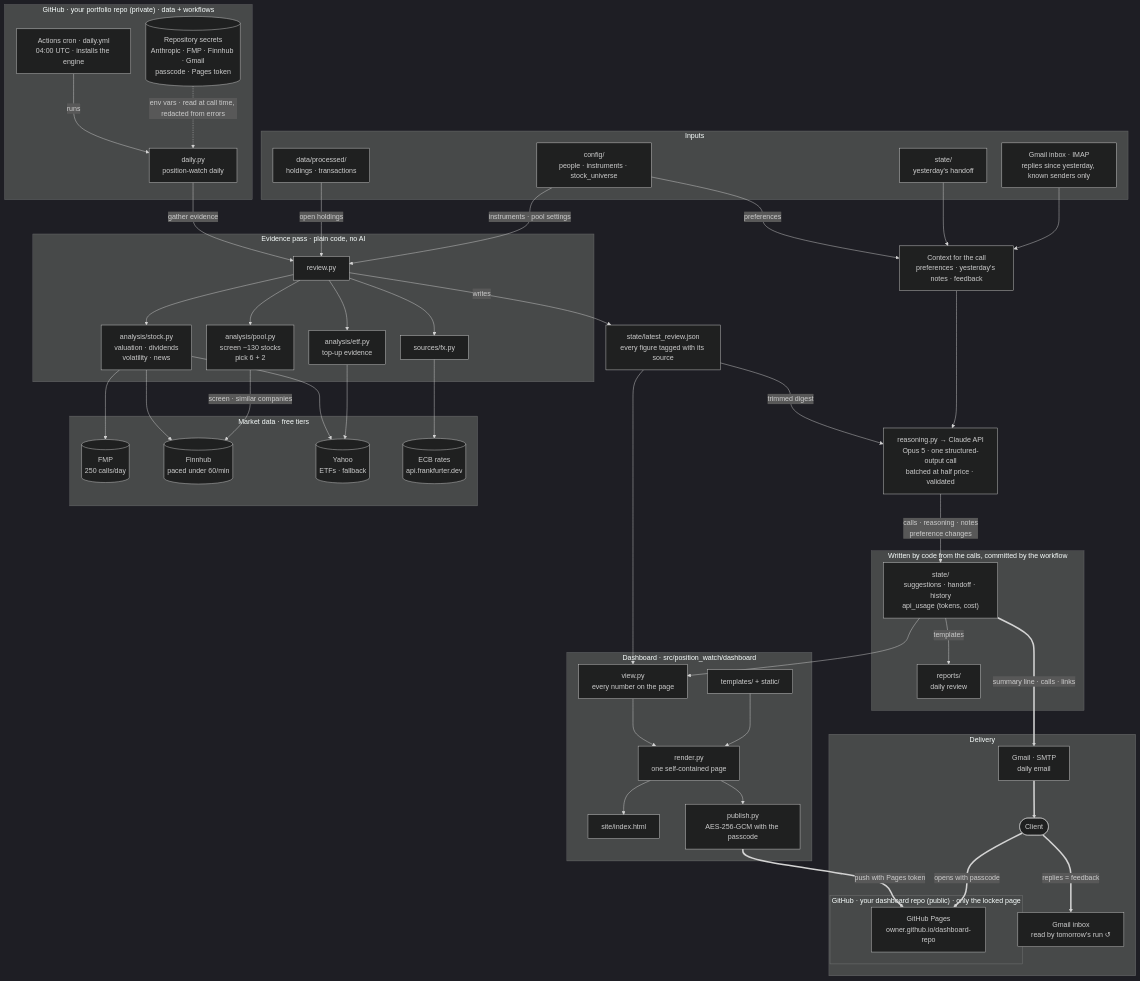
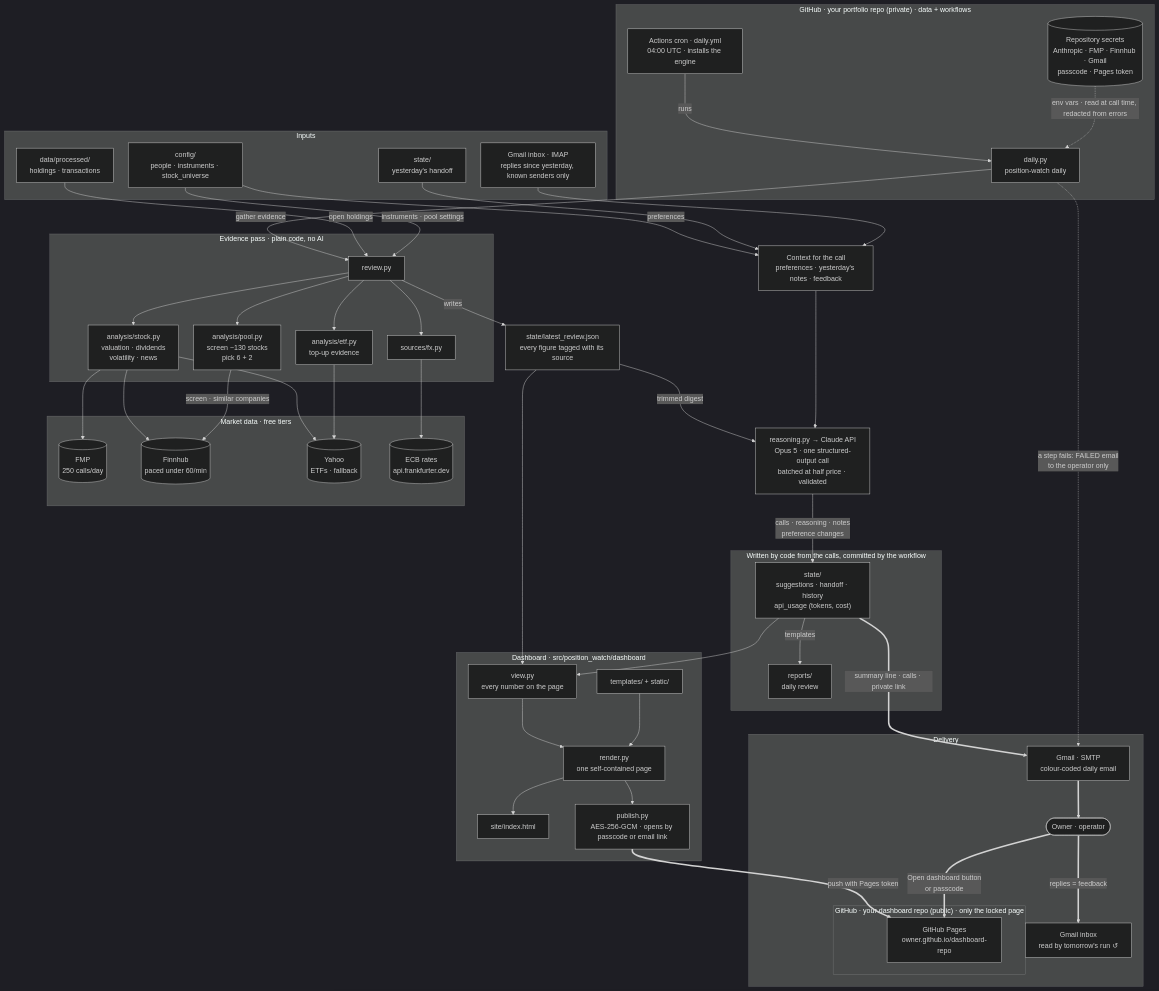
One commit to alexdiehl0/position-watch-engine changed the second of 3 diagrams in docs/architecture.md. Above: the diagram before and after it, drawn with Mermaid (dark theme). The commit also changed other lines of this file, not shown here.

First line of the commit message:
Architecture: an at-a-glance map, the private link, failure alerts, shipping a change

````diff
--- a/docs/architecture.md
+++ b/docs/architecture.md
@@ -49,12 +99,12 @@
     VIEW["view.py<br/>every number on the page"] --> RND["render.py<br/>one self-contained page"]
     TPL["templates/ + static/"] --> RND
     RND --> SITE["site/index.html"]
-    RND --> PUB["publish.py<br/>AES-256-GCM with the passcode"]
+    RND --> PUB["publish.py<br/>AES-256-GCM · opens by passcode or email link"]
   end
 
   subgraph OUT["Delivery"]
-    SMTP["Gmail · SMTP<br/>daily email"]
-    CLIENT(["Client"])
+    SMTP["Gmail · SMTP<br/>colour-coded daily email"]
+    CLIENT(["Owner · operator"])
     NEXT["Gmail inbox<br/>read by tomorrow's run ↺"]
     subgraph PUBREPO["GitHub · your dashboard repo (public) · only the locked page"]
       PAGES["GitHub Pages<br/>owner.github.io/dashboard-repo"]
@@ -85,8 +135,9 @@
   EVS --> VIEW
   CALLS --> VIEW
   PUB ==>|"push with Pages token"| PAGES
-  CALLS ==>|"summary line · calls · links"| SMTP
+  CALLS ==>|"summary line · calls · private link"| SMTP
   SMTP ==> CLIENT
-  CLIENT ==>|"opens with passcode"| PAGES
+  CLIENT ==>|"Open dashboard button<br/>or passcode"| PAGES
   CLIENT ==>|"replies = feedback"| NEXT
+  DAILY -.->|"a step fails: FAILED email<br/>to the operator only"| SMTP
 ```
````
